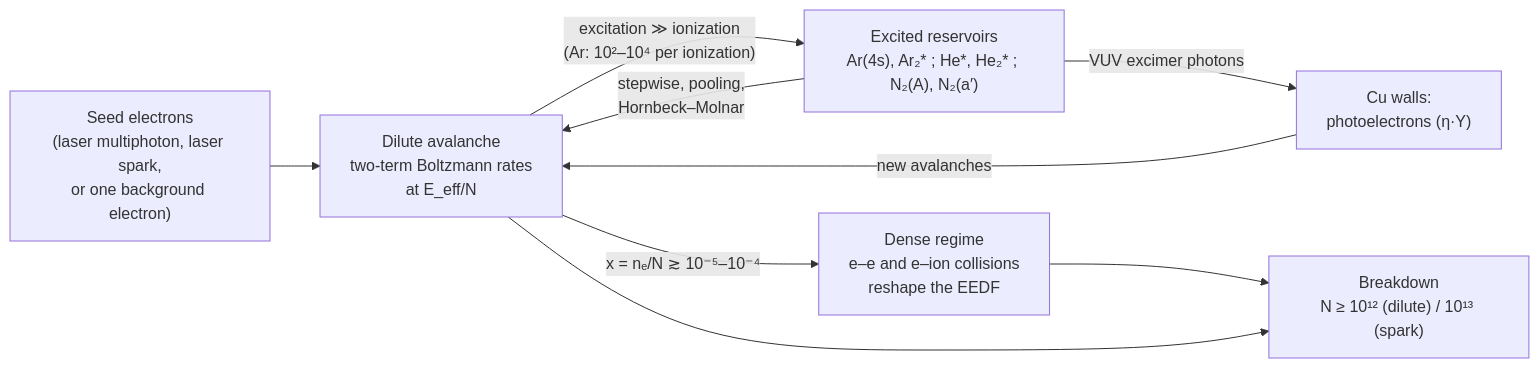
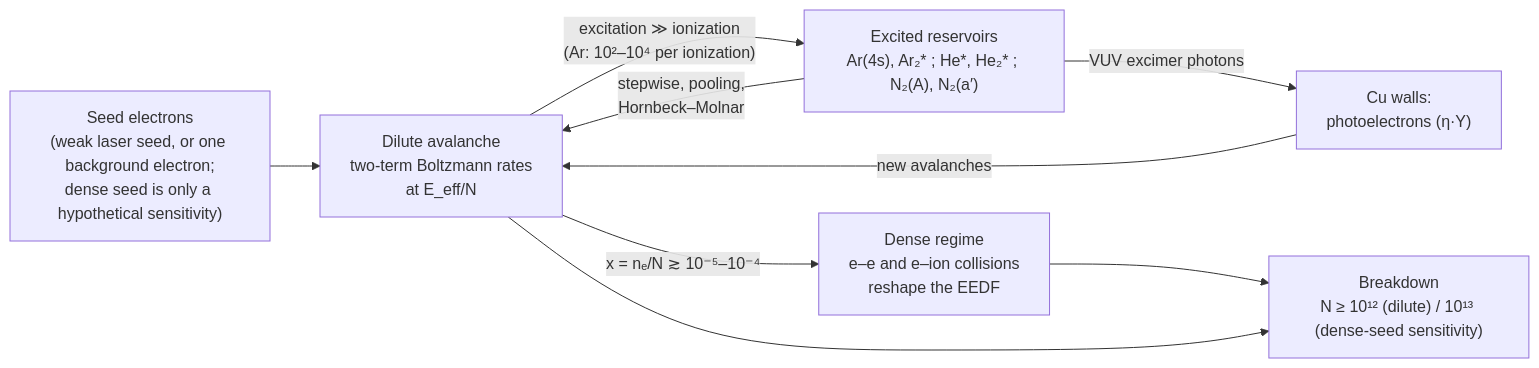
Before and after one commit to Emaguidetal/plasma-viewer: the diagram in research/literature/argon-helium-breakdown-excited-dense-study.md, drawn with Mermaid. The commit also changed other lines of this file and 13 other files, not shown here.

````diff
--- a/research/literature/argon-helium-breakdown-excited-dense-study.md
+++ b/research/literature/argon-helium-breakdown-excited-dense-study.md
@@ -63,11 +68,11 @@
 ```mermaid
 flowchart LR
-  S["Seed electrons<br/>(laser multiphoton, laser spark,<br/>or one background electron)"] --> A["Dilute avalanche<br/>two-term Boltzmann rates<br/>at E_eff/N"]
+  S["Seed electrons<br/>(weak laser seed, or one background electron;<br/>dense seed is only a hypothetical sensitivity)"] --> A["Dilute avalanche<br/>two-term Boltzmann rates<br/>at E_eff/N"]
   A -->|"excitation ≫ ionization<br/>(Ar: 10²–10⁴ per ionization)"| X["Excited reservoirs<br/>Ar(4s), Ar₂* ; He*, He₂* ; N₂(A), N₂(a′)"]
   X -->|"stepwise, pooling,<br/>Hornbeck–Molnar"| A
   X -->|"VUV excimer photons"| W["Cu walls:<br/>photoelectrons (η·Y)"]
   W -->|"new avalanches"| A
   A -->|"x = nₑ/N ≳ 10⁻⁵–10⁻⁴"| D["Dense regime<br/>e–e and e–ion collisions<br/>reshape the EEDF"]
-  D --> B["Breakdown<br/>N ≥ 10¹² (dilute) / 10¹³ (spark)"]
+  D --> B["Breakdown<br/>N ≥ 10¹² (dilute) / 10¹³ (dense-seed sensitivity)"]
   A --> B
 ```
````
